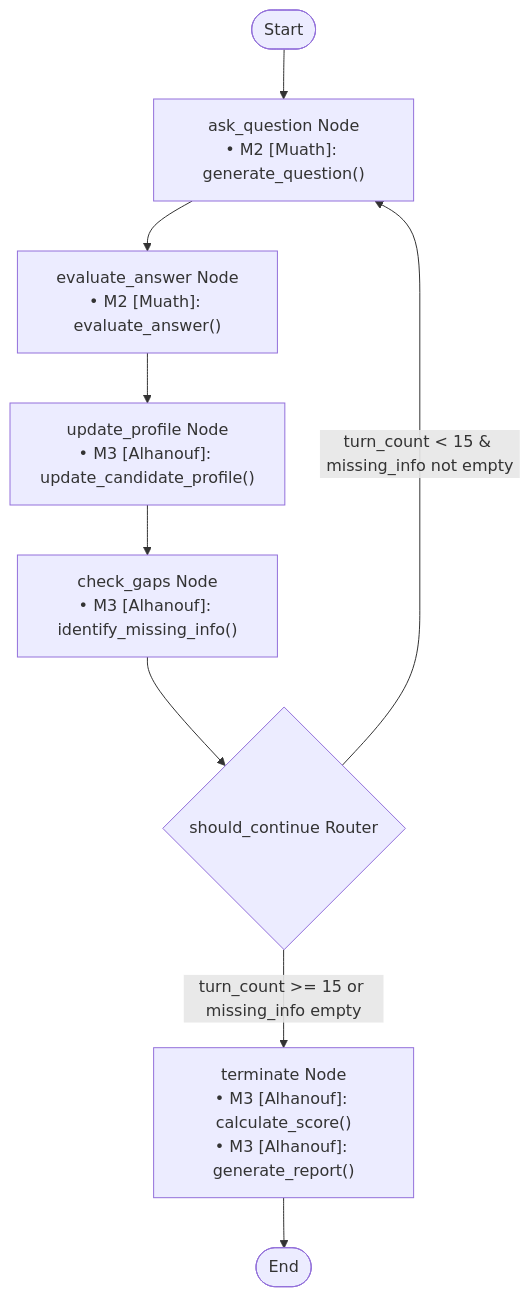
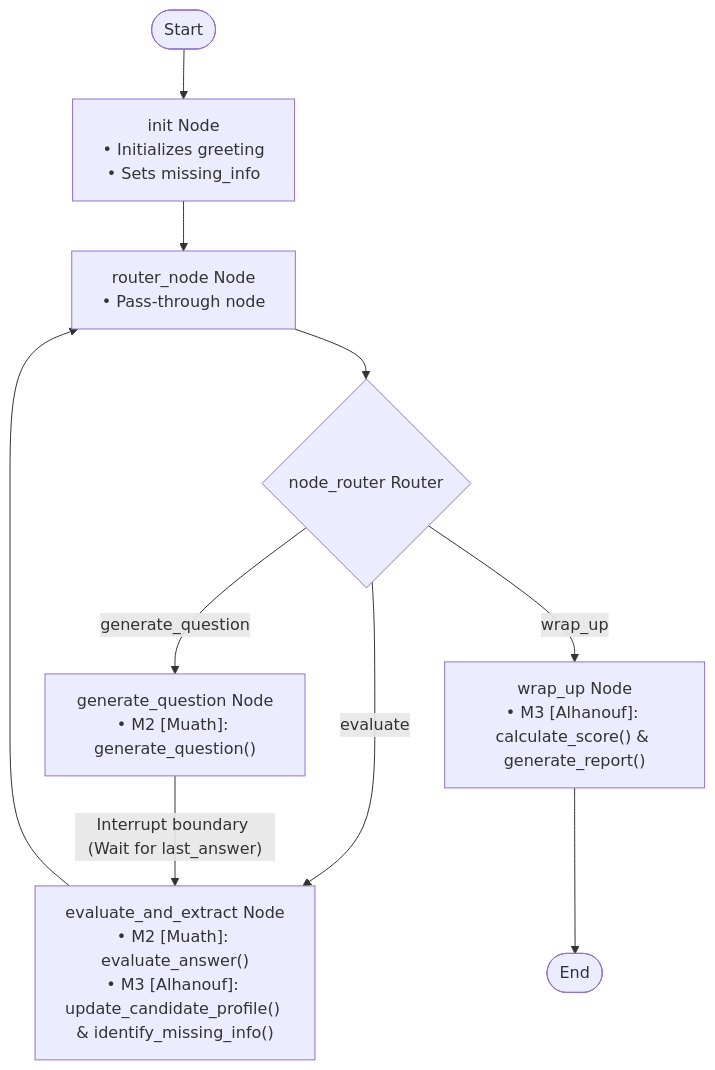
The diagram in README.md (NBTON/AI-Interview-Agent), drawn with Mermaid before and after one commit. The commit also changed other lines of this file and 5 other files, not shown here.

Commit message:
feat: update graph structure, nodes, tools, and main runner to support turn-by-turn interrupts

````diff
--- a/README.md
+++ b/README.md
@@ -53,22 +53,24 @@
 ```mermaid
 graph TD
-    __start__([Start]) --> ask_question
+    __start__([Start]) --> init
     
-    ask_question["ask_question Node<br>• M2 [Muath]: generate_question()"] 
-    --> evaluate_answer
+    init["init Node<br>• Initializes greeting<br>• Sets missing_info"] 
+    --> router_node
     
-    evaluate_answer["evaluate_answer Node<br>• M2 [Muath]: evaluate_answer()"] 
-    --> update_profile
+    router_node["router_node Node<br>• Pass-through node"]
     
-    update_profile["update_profile Node<br>• M3 [Alhanouf]: update_candidate_profile()"] 
-    --> check_gaps
+    router_node --> node_router{node_router Router}
     
-    check_gaps["check_gaps Node<br>• M3 [Alhanouf]: identify_missing_info()"] 
-    --> should_continue{should_continue Router}
+    node_router -- "evaluate" --> evaluate_and_extract
+    node_router -- "generate_question" --> generate_question
+    node_router -- "wrap_up" --> wrap_up
     
-    should_continue -- "turn_count < 15 & missing_info not empty" --> ask_question
-    should_continue -- "turn_count >= 15 or missing_info empty" --> terminate
+    evaluate_and_extract["evaluate_and_extract Node<br>• M2 [Muath]: evaluate_answer()<br>• M3 [Alhanouf]: update_candidate_profile() & identify_missing_info()"] 
+    --> router_node
     
-    terminate["terminate Node<br>• M3 [Alhanouf]: calculate_score()<br>• M3 [Alhanouf]: generate_report()"] 
+    generate_question["generate_question Node<br>• M2 [Muath]: generate_question()"] 
+    -- "Interrupt boundary (Wait for last_answer)" --> evaluate_and_extract
+    
+    wrap_up["wrap_up Node<br>• M3 [Alhanouf]: calculate_score() & generate_report()"] 
     --> __end__([End])
 ```
````
